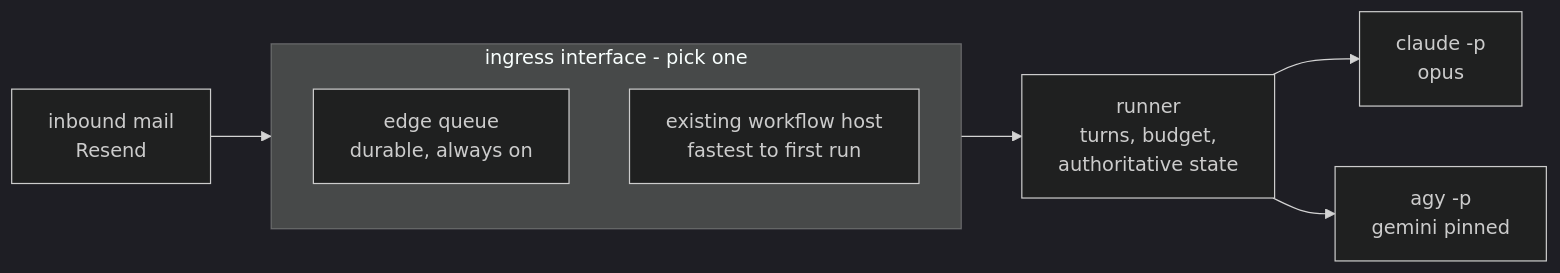
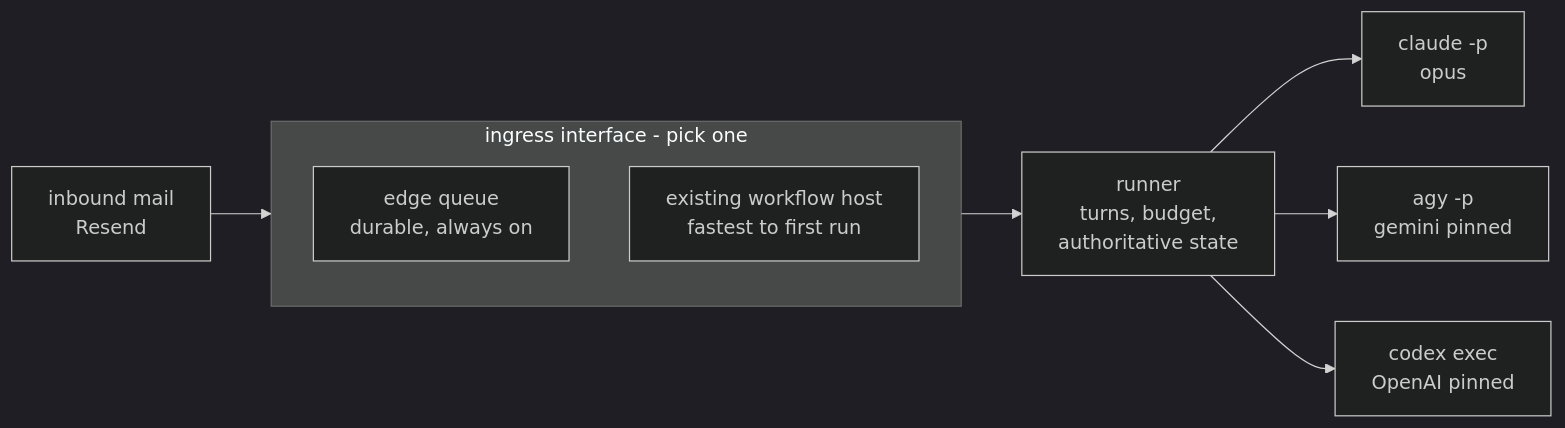
The fourth of 4 diagrams in docs/DIAGRAMS.md (Agent9AI/rally), drawn with Mermaid (dark theme) before and after one commit. The commit also changed other lines of this file and 50 other files, not shown here.

````diff
--- a/docs/DIAGRAMS.md
+++ b/docs/DIAGRAMS.md
@@ -70,11 +70,12 @@
 ```mermaid
 flowchart LR
     IN["inbound mail<br/>Resend"] --> IF
     subgraph IF["ingress interface - pick one"]
         A["edge queue<br/>durable, always on"]
         B["existing workflow host<br/>fastest to first run"]
     end
     IF --> RUN["runner<br/>turns, budget,<br/>authoritative state"]
     RUN --> CL["claude -p<br/>opus"]
     RUN --> AG["agy -p<br/>gemini pinned"]
+    RUN --> OAI["codex exec<br/>OpenAI pinned"]
 ```
````
